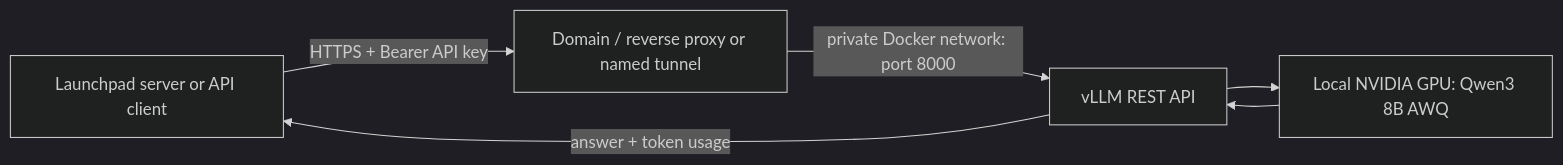
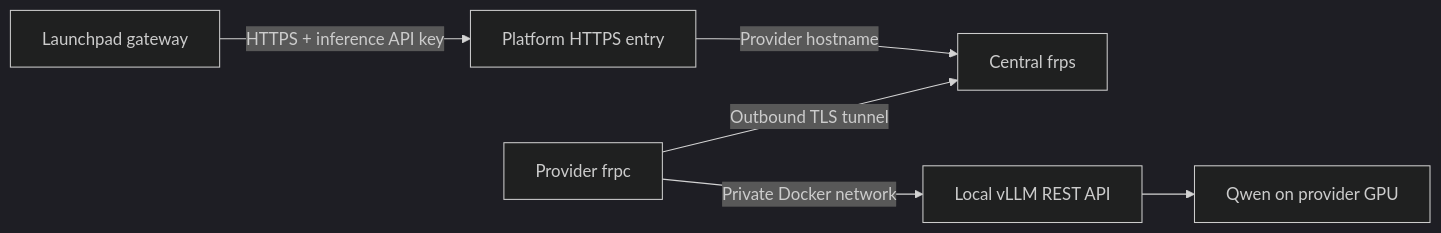
One commit to xgaozoyoe/cc-launchpad-router changed the diagram in docs/HOSTING.md. Above: the diagram before and after it, drawn with Mermaid (dark theme). The commit also changed other lines of this file and 2 other files, not shown here.

Commit message:
Make hosting guide follow platform-managed FRP onboarding

````diff
--- a/docs/HOSTING.md
+++ b/docs/HOSTING.md
@@ -7,8 +7,8 @@
 ```mermaid
 flowchart LR
-    A[Launchpad server or API client] -->|HTTPS + Bearer API key| B[Domain / reverse proxy or named tunnel]
-    B -->|private Docker network: port 8000| C[vLLM REST API]
-    C --> D[Local NVIDIA GPU: Qwen3 8B AWQ]
-    D --> C
-    C -->|answer + token usage| A
+    A[Launchpad gateway] -->|HTTPS + inference API key| B[Platform HTTPS entry]
+    B -->|Provider hostname| C[Central frps]
+    D[Provider frpc] -->|Outbound TLS tunnel| C
+    D -->|Private Docker network| E[Local vLLM REST API]
+    E --> F[Qwen on provider GPU]
 ```
````
